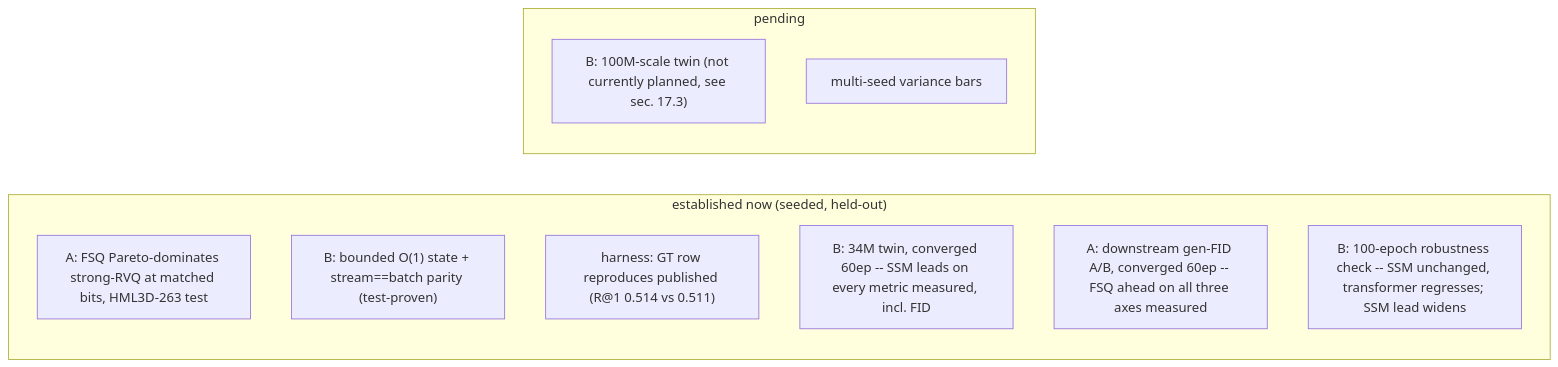
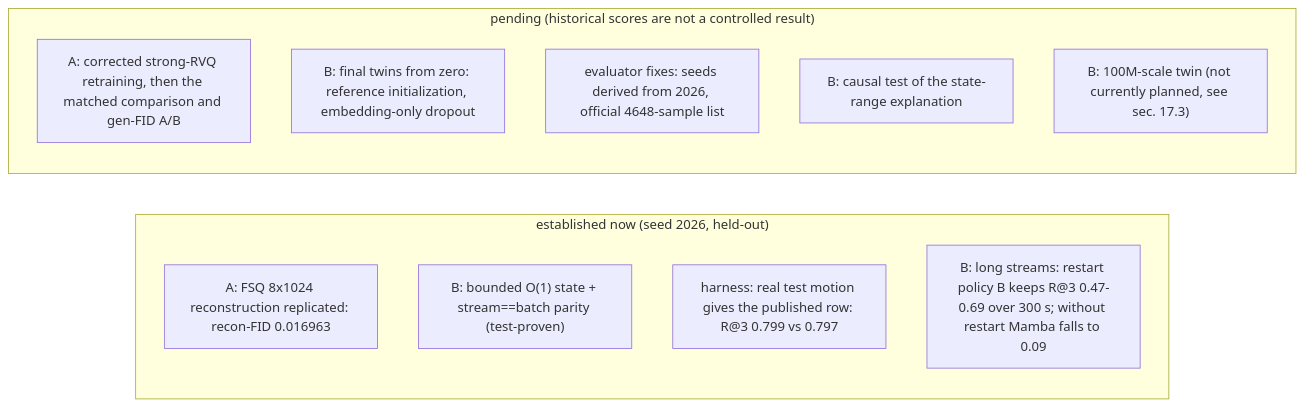
Before and after one commit to CatalinButacu/GenAI-Text2Motion: the diagram in doc/notes/lessons/17-limitations-and-conclusion.md, drawn with Mermaid. The commit also changed other lines of this file and 24 other files, not shown here.

Commit message:
The lessons match the current code and results: an audit against the code found wrong and old claims in all 24 lessons, each lesson is rewritten in Simplified Technical English with checked facts, and a new lesson 20 explains long streams, the restart policy and the state range

````diff
--- a/doc/notes/lessons/17-limitations-and-conclusion.md
+++ b/doc/notes/lessons/17-limitations-and-conclusion.md
@@ -10,15 +7,16 @@
 ```mermaid
 flowchart LR
-  subgraph DONE["established now (seeded, held-out)"]
-    A1["A: FSQ Pareto-dominates strong-RVQ at matched bits, HML3D-263 test"]
+  subgraph DONE["established now (seed 2026, held-out)"]
+    A1["A: FSQ 8x1024 reconstruction replicated: recon-FID 0.016963"]
     A2["B: bounded O(1) state + stream==batch parity (test-proven)"]
-    A3["harness: GT row reproduces published (R@1 0.514 vs 0.511)"]
-    A4["B: 34M twin, converged 60ep -- SSM leads on every metric measured, incl. FID"]
-    A5["A: downstream gen-FID A/B, converged 60ep -- FSQ ahead on all three axes measured"]
-    A6["B: 100-epoch robustness check -- SSM unchanged, transformer regresses; SSM lead widens"]
+    A3["harness: real test motion gives the published row: R@3 0.799 vs 0.797"]
+    A4["B: long streams: restart policy B keeps R@3 0.47-0.69 over 300 s; without restart Mamba falls to 0.09"]
   end
-  subgraph PEND["pending"]
-    P2["B: 100M-scale twin (not currently planned, see sec. 17.3)"]
-    P4["multi-seed variance bars"]
+  subgraph PEND["pending (historical scores are not a controlled result)"]
+    P1["A: corrected strong-RVQ retraining, then the matched comparison and gen-FID A/B"]
+    P2["B: final twins from zero: reference initialization, embedding-only dropout"]
+    P3["evaluator fixes: seeds derived from 2026, official 4648-sample list"]
+    P4["B: causal test of the state-range explanation"]
+    P5["B: 100M-scale twin (not currently planned, see sec. 17.3)"]
   end
 ```
````
